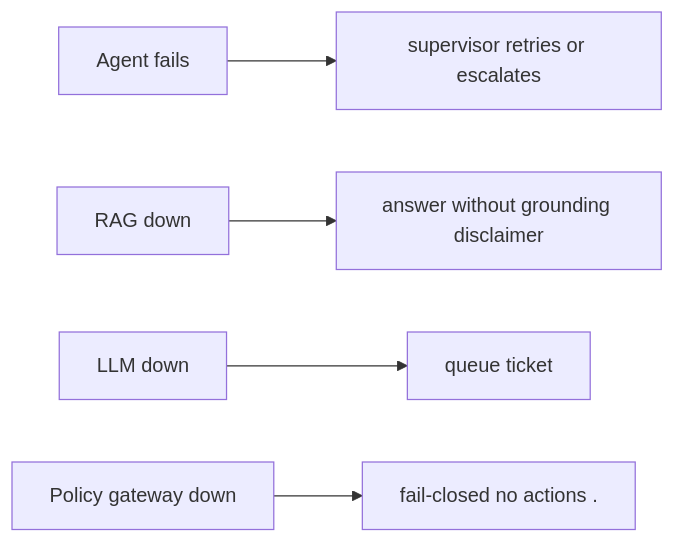
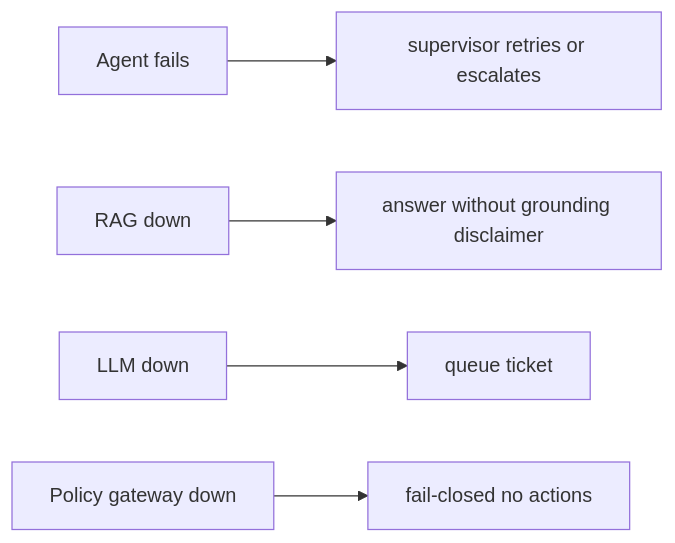
The third of 3 diagrams in case-studies/ai-systems/autonomous-support-agent-team.md (RIT-MESH/system-design-mastery), drawn with Mermaid before and after one commit. The commit also changed other lines of this file and 215 other files, not shown here.

First line of the commit message:
Complete all remaining work: expand case studies, add 13 AI case studies, fix diagrams, status to Complete

````diff
--- a/case-studies/ai-systems/autonomous-support-agent-team.md
+++ b/case-studies/ai-systems/autonomous-support-agent-team.md
@@ -39,16 +46,16 @@
 ```mermaid
 %% created-for: system-design-mastery
 flowchart LR
   C1["Agent fails"]
   R2["supervisor retries or escalates"]
   C1 --> R2
   C3["RAG down"]
   R4["answer without grounding disclaimer"]
   C3 --> R4
   C5["LLM down"]
   R6["queue ticket"]
   C5 --> R6
   C7["Policy gateway down"]
-  R8["fail-closed no actions ."]
+  R8["fail-closed no actions"]
   C7 --> R8
 ```
````
